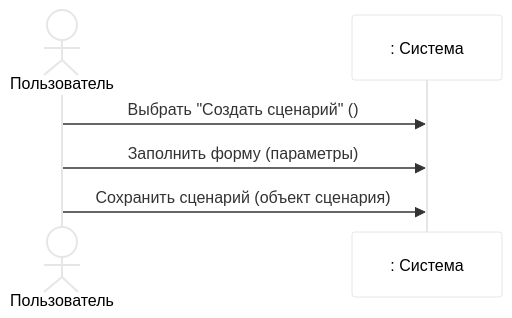
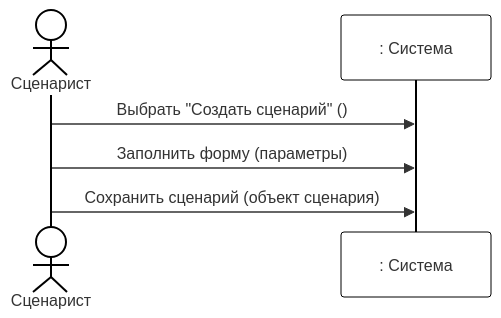
The first of 4 diagrams in Диаграмма последовательностей системы.md (CHSU-scenarAIst/diagrammy), drawn with Mermaid before and after one commit. The commit also changed other lines of this file and 30 other files, not shown here.

Commit message:
рефактор диаграмм

````diff
--- a/Диаграмма последовательностей системы.md
+++ b/Диаграмма последовательностей системы.md
@@ -4,10 +4,21 @@
 ```mermaid
-%%{init: {'theme': 'base', 'themeVariables': { 'primaryColor': '#fff', 'edgeColor': '#000', 'lineColor': '#000', 'actorTextColor': '#000'}}}%%
+%%{init: {
+  'theme': 'base',
+  'themeVariables': {
+    'primaryColor': '#fff',
+    'primaryBorderColor': '#000',
+    'lineColor': '#000',
+    'tertiaryColor': '#fff',
+    'edgeColor': '#000',
+    'fontFamily': 'arial',
+    'fontSize': '16px'
+  }
+}}%%
 sequenceDiagram
-    actor User as Пользователь
+    actor User as Сценарист
     participant System as : Система
 
     User->>System: Выбрать "Создать сценарий" ()
     User->>System: Заполнить форму (параметры)
     User->>System: Сохранить сценарий (объект сценария)
 ```
````
